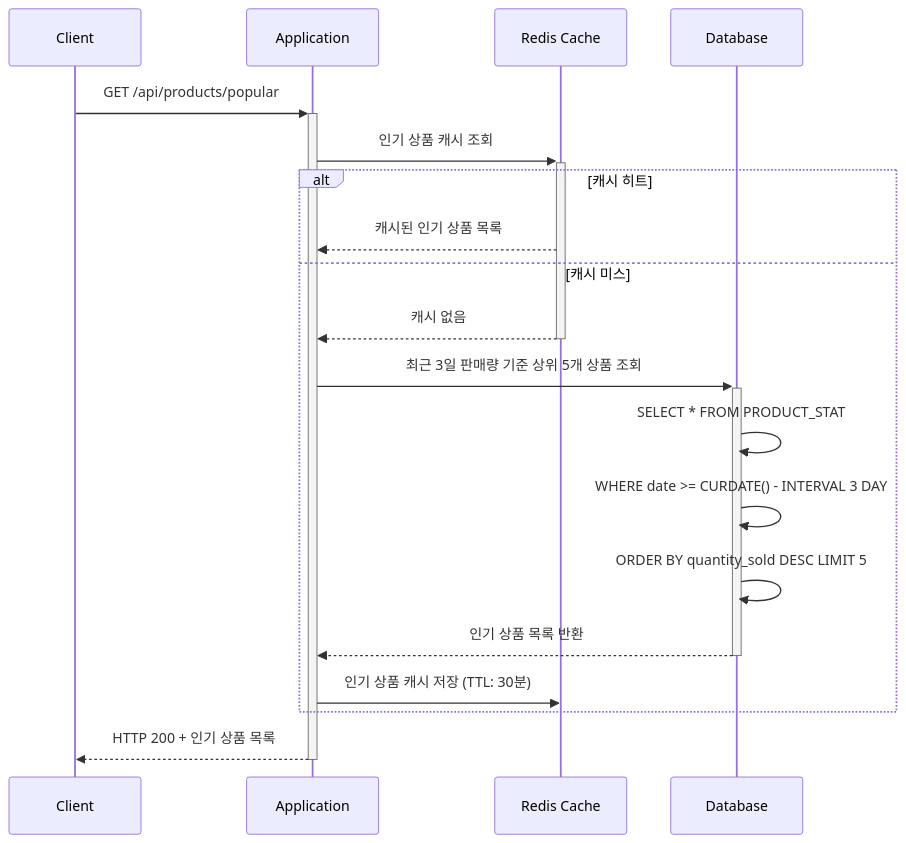
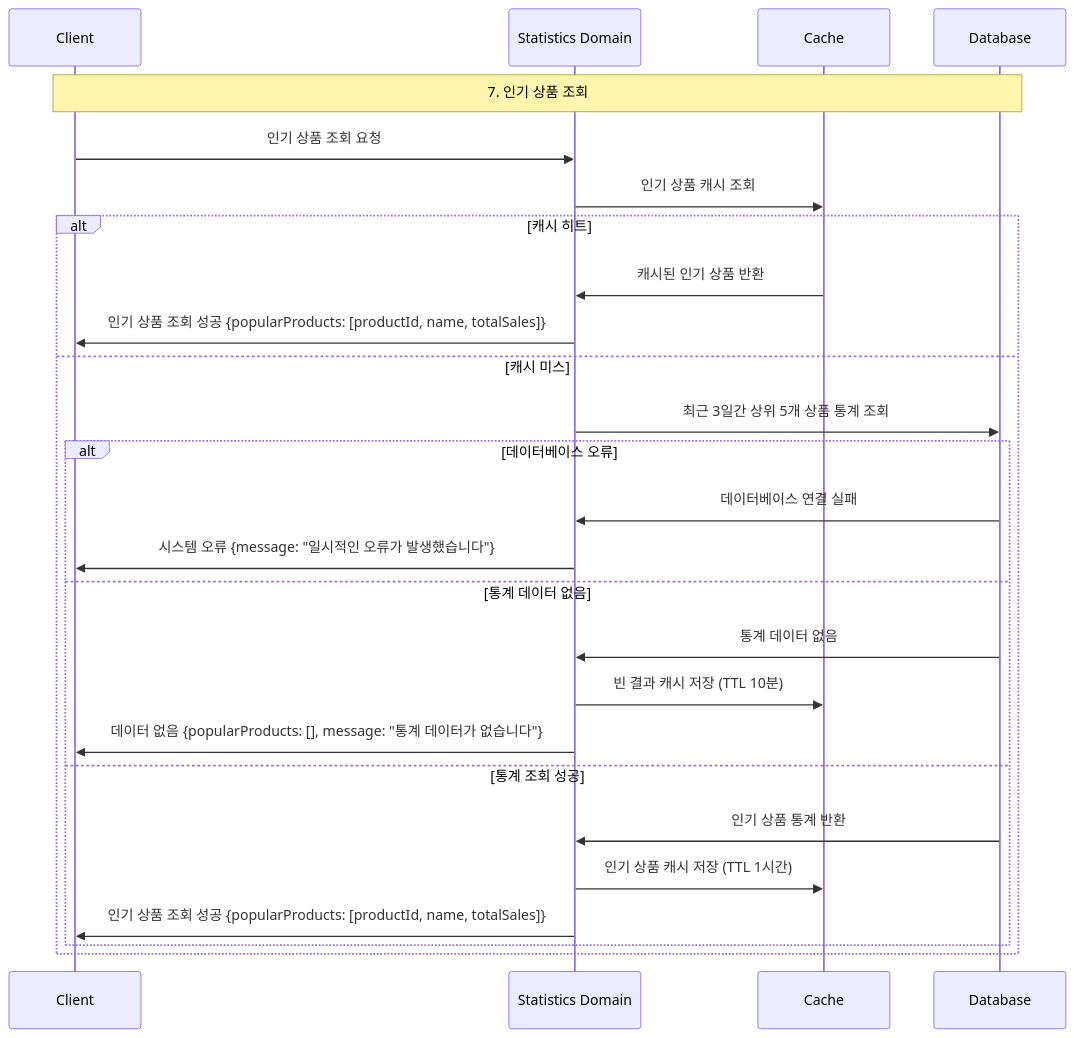
Before and after one commit to yuni02/hhplus-ecommerce: the seventh of 7 diagrams in docs/sequence_diagram.md, drawn with Mermaid. The commit also changed other lines of this file and 2 other files, not shown here.

Commit message:
chore: 시퀀스 다이어그램 도메인 간의 데이터흐름 상세관점으로 변경해서 다시 작성

````diff
--- a/docs/sequence_diagram.md
+++ b/docs/sequence_diagram.md
@@ -163,26 +321,31 @@
 ```mermaid
 sequenceDiagram
-    participant Client as Client
-    participant App as Application
-    participant Cache as Redis Cache
+    participant C as Client
+    participant Statistics as Statistics Domain
+    participant Cache as Cache
     participant DB as Database
-
-    Client->>+App: GET /api/products/popular
     
-    App->>+Cache: 인기 상품 캐시 조회
+        Note over C,DB: 7. 인기 상품 조회
+        C->>Statistics: 인기 상품 조회 요청
     
-    alt 캐시 히트
-        Cache-->>App: 캐시된 인기 상품 목록
-    else 캐시 미스
-        Cache-->>-App: 캐시 없음
-        App->>+DB: 최근 3일 판매량 기준 상위 5개 상품 조회
-        DB->>DB: SELECT * FROM PRODUCT_STAT
-        DB->>DB: WHERE date >= CURDATE() - INTERVAL 3 DAY
-        DB->>DB: ORDER BY quantity_sold DESC LIMIT 5
-        DB-->>-App: 인기 상품 목록 반환
-        
-        App->>Cache: 인기 상품 캐시 저장 (TTL: 30분)
-    end
-
-    App-->>-Client: HTTP 200 + 인기 상품 목록
+        Statistics->>Cache: 인기 상품 캐시 조회
+        alt 캐시 히트
+            Cache->>Statistics: 캐시된 인기 상품 반환
+            Statistics->>C: 인기 상품 조회 성공 {popularProducts: [productId, name, totalSales]}
+        else 캐시 미스
+            Statistics->>DB: 최근 3일간 상위 5개 상품 통계 조회
+    
+            alt 데이터베이스 오류
+                DB->>Statistics: 데이터베이스 연결 실패
+                Statistics->>C: 시스템 오류 {message: "일시적인 오류가 발생했습니다"}
+            else 통계 데이터 없음
+                DB->>Statistics: 통계 데이터 없음
+                Statistics->>Cache: 빈 결과 캐시 저장 (TTL 10분)
+                Statistics->>C: 데이터 없음 {popularProducts: [], message: "통계 데이터가 없습니다"}
+            else 통계 조회 성공
+                DB->>Statistics: 인기 상품 통계 반환
+                Statistics->>Cache: 인기 상품 캐시 저장 (TTL 1시간)
+                Statistics->>C: 인기 상품 조회 성공 {popularProducts: [productId, name, totalSales]}
+            end
+        end
 ```
````
